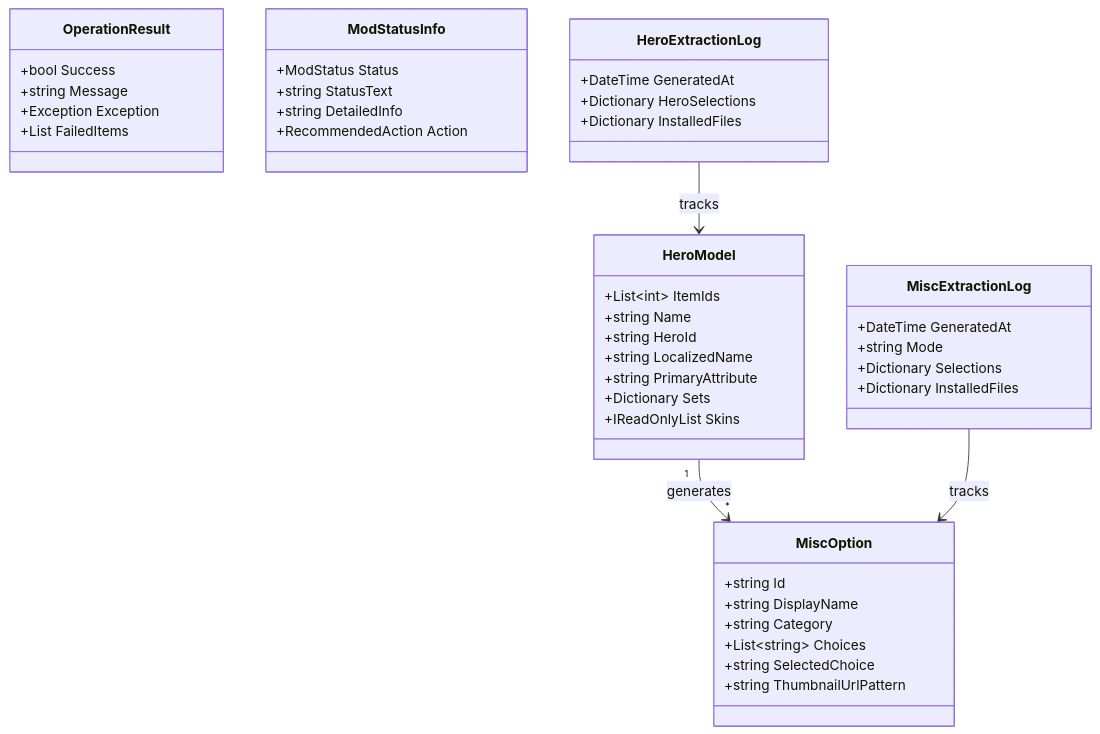
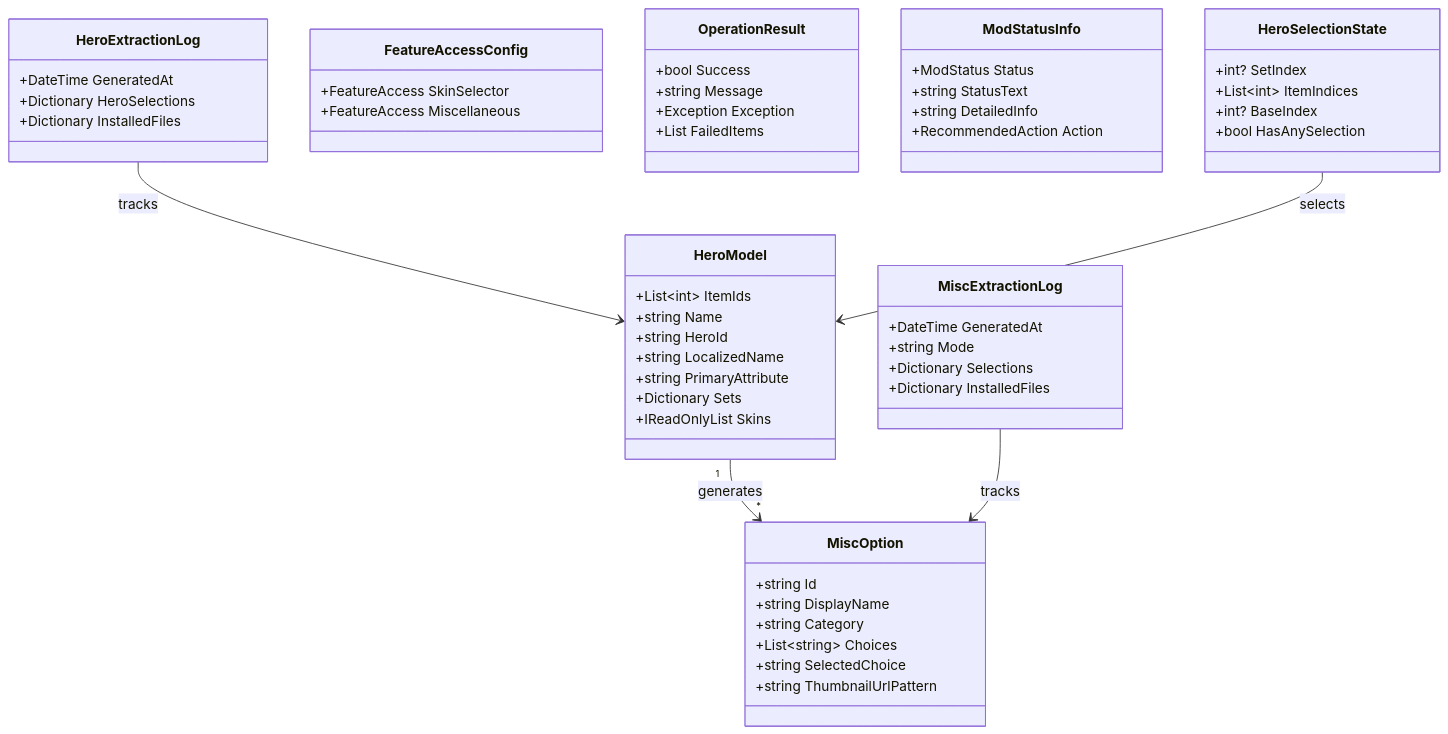
One commit to Anneardysa/ArdysaModsTools changed the first of 3 diagrams in docs/developer/api/models.md. Above: the diagram before and after it, drawn with Mermaid. The commit also changed other lines of this file and 59 other files, not shown here.

````diff
--- a/docs/developer/api/models.md
+++ b/docs/developer/api/models.md
@@ -9,52 +9,65 @@
 ```mermaid
 classDiagram
     class HeroModel {
         +List~int~ ItemIds
         +string Name
         +string HeroId
         +string LocalizedName
         +string PrimaryAttribute
         +Dictionary Sets
         +IReadOnlyList Skins
     }
 
+    class HeroSelectionState {
+        +int? SetIndex
+        +List~int~ ItemIndices
+        +int? BaseIndex
+        +bool HasAnySelection
+    }
+
     class MiscOption {
         +string Id
         +string DisplayName
         +string Category
         +List~string~ Choices
         +string SelectedChoice
         +string ThumbnailUrlPattern
+    }
+
+    class FeatureAccessConfig {
+        +FeatureAccess SkinSelector
+        +FeatureAccess Miscellaneous
     }
 
     class OperationResult {
         +bool Success
         +string Message
         +Exception Exception
         +List FailedItems
     }
 
     class ModStatusInfo {
         +ModStatus Status
         +string StatusText
         +string DetailedInfo
         +RecommendedAction Action
     }
 
     class HeroExtractionLog {
         +DateTime GeneratedAt
         +Dictionary HeroSelections
         +Dictionary InstalledFiles
     }
 
     class MiscExtractionLog {
         +DateTime GeneratedAt
         +string Mode
         +Dictionary Selections
         +Dictionary InstalledFiles
     }
 
     HeroModel "1" --> "*" MiscOption : generates
     HeroExtractionLog --> HeroModel : tracks
     MiscExtractionLog --> MiscOption : tracks
+    HeroSelectionState --> HeroModel : selects
 ```
````
